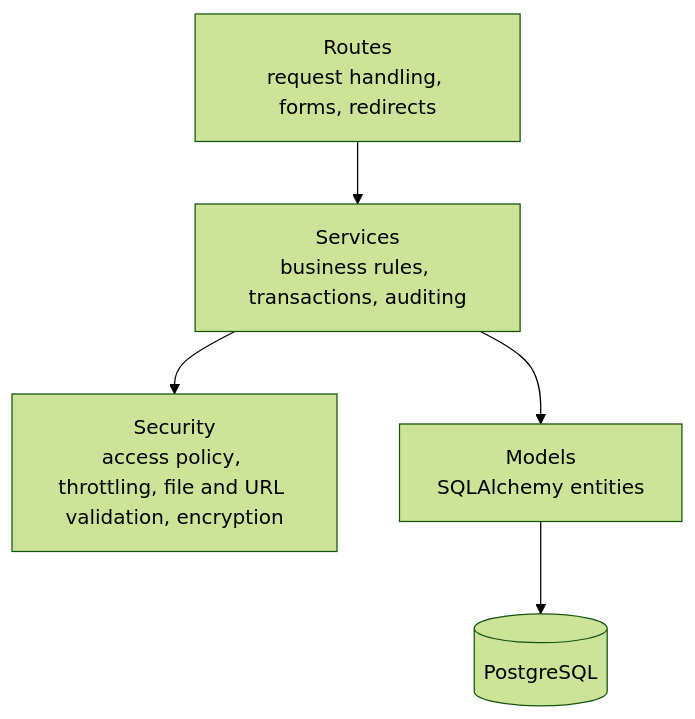
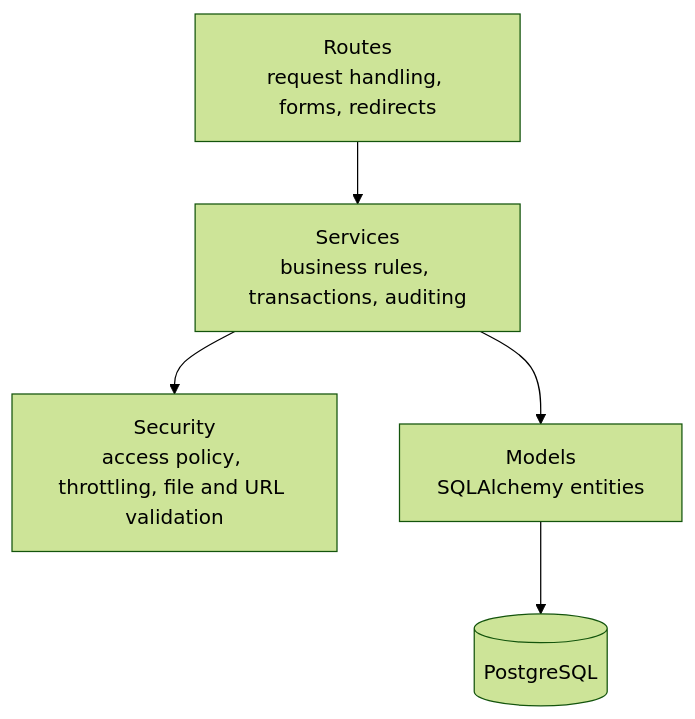
Before and after one commit to Masbismaa/mtoa_alr: the second of 9 diagrams in .github/README.md, drawn with Mermaid (forest theme). The commit also changed other lines of this file and 28 other files, not shown here.

````diff
--- a/.github/README.md
+++ b/.github/README.md
@@ -370,7 +370,7 @@
 ```mermaid
 flowchart TB
     R[Routes<br/>request handling, forms, redirects] --> S[Services<br/>business rules, transactions, auditing]
-    S --> P[Security<br/>access policy, throttling, file and URL validation, encryption]
+    S --> P[Security<br/>access policy, throttling, file and URL validation]
     S --> M[Models<br/>SQLAlchemy entities]
     M --> DB[(PostgreSQL)]
 ```
````
